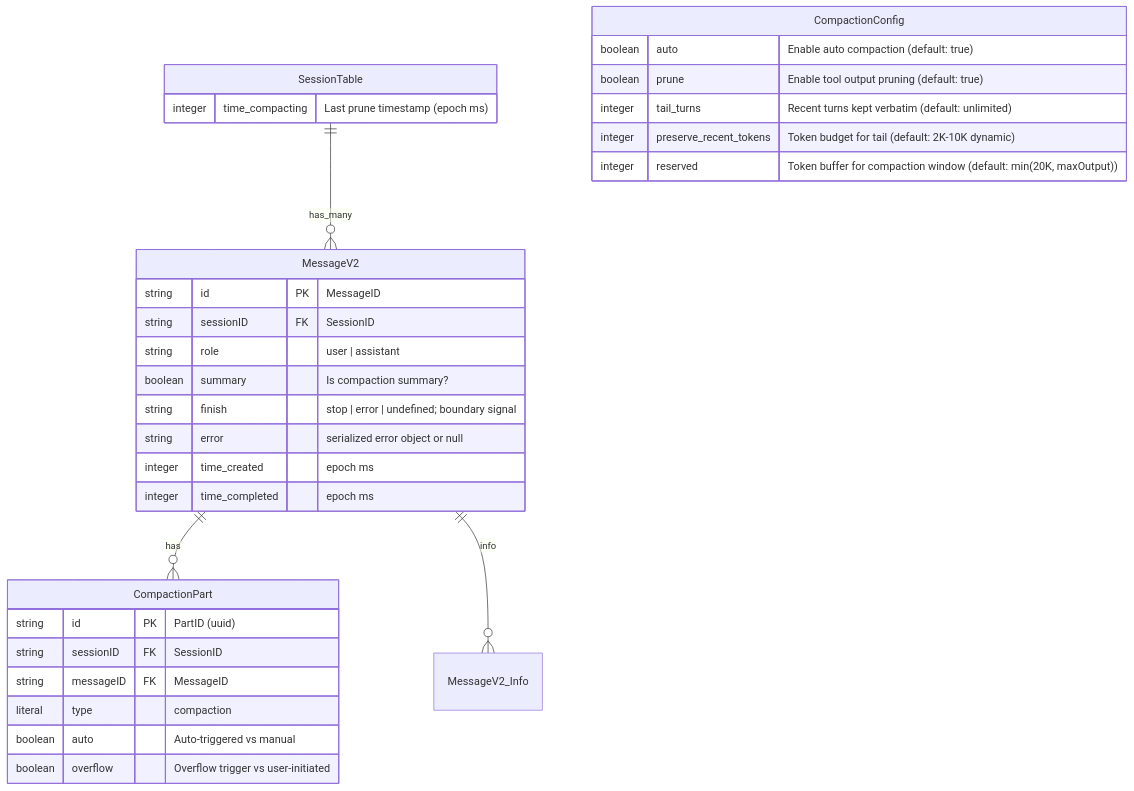
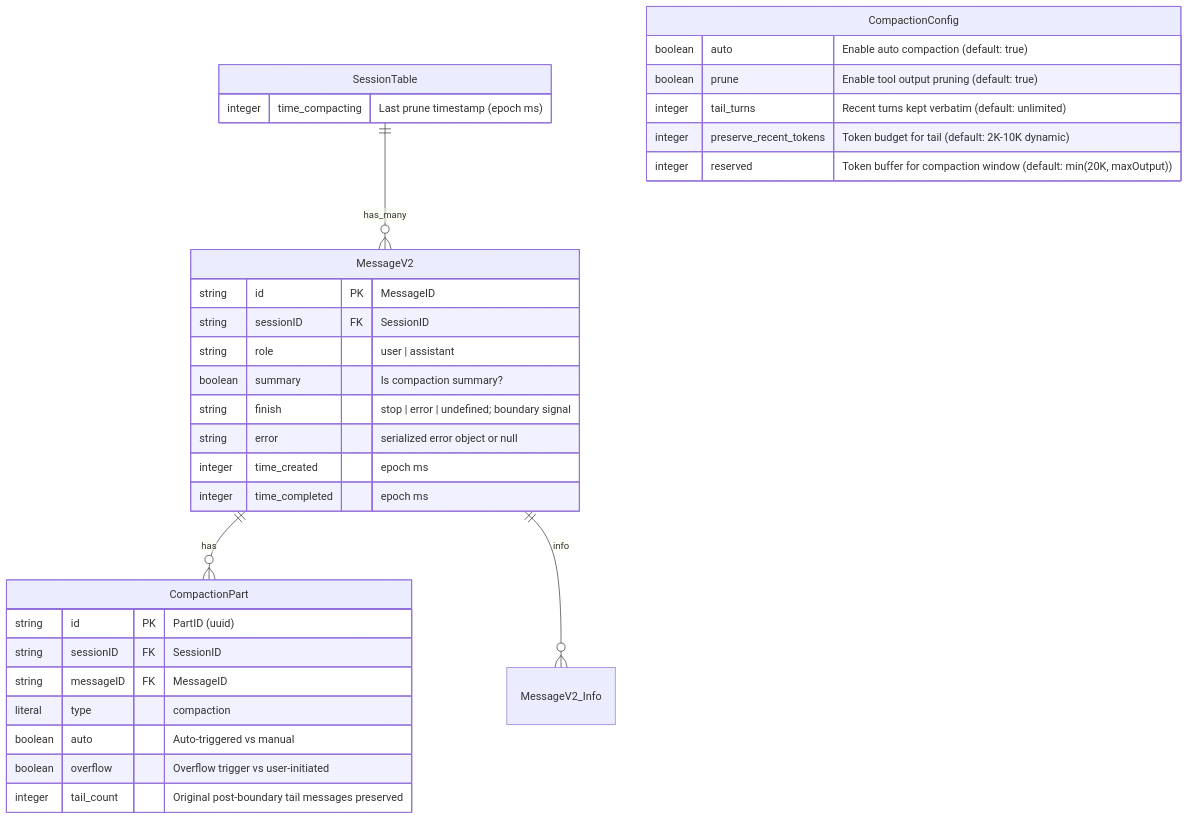
Before and after one commit to AlHeloween/opencode: the first of 8 diagrams in plans/20260612_compaction_schema_diagram.md, drawn with Mermaid. The commit also changed other lines of this file and 11 other files, not shown here.

First line of the commit message:
compaction: normal-flow integration, KV cache continuity

````diff
--- a/plans/20260612_compaction_schema_diagram.md
+++ b/plans/20260612_compaction_schema_diagram.md
@@ -11,34 +11,35 @@
 ```mermaid
 erDiagram
     SessionTable ||--o{ MessageV2 : "has_many"
     MessageV2 ||--o{ CompactionPart : "has"
     MessageV2 ||--o{ MessageV2_Info : "info"
     SessionTable {
         integer time_compacting "Last prune timestamp (epoch ms)"
     }
     MessageV2 {
         string id PK "MessageID"
         string sessionID FK "SessionID"
         string role "user | assistant"
         boolean summary "Is compaction summary?"
         string finish "stop | error | undefined; boundary signal"
         string error "serialized error object or null"
         integer time_created "epoch ms"
         integer time_completed "epoch ms"
     }
     CompactionPart {
         string id PK "PartID (uuid)"
         string sessionID FK "SessionID"
         string messageID FK "MessageID"
         literal type "compaction"
         boolean auto "Auto-triggered vs manual"
         boolean overflow "Overflow trigger vs user-initiated"
+        integer tail_count "Original post-boundary tail messages preserved"
     }
     CompactionConfig {
         boolean auto "Enable auto compaction (default: true)"
         boolean prune "Enable tool output pruning (default: true)"
         integer tail_turns "Recent turns kept verbatim (default: unlimited)"
         integer preserve_recent_tokens "Token budget for tail (default: 2K-10K dynamic)"
         integer reserved "Token buffer for compaction window (default: min(20K, maxOutput))"
     }
 ```
````
